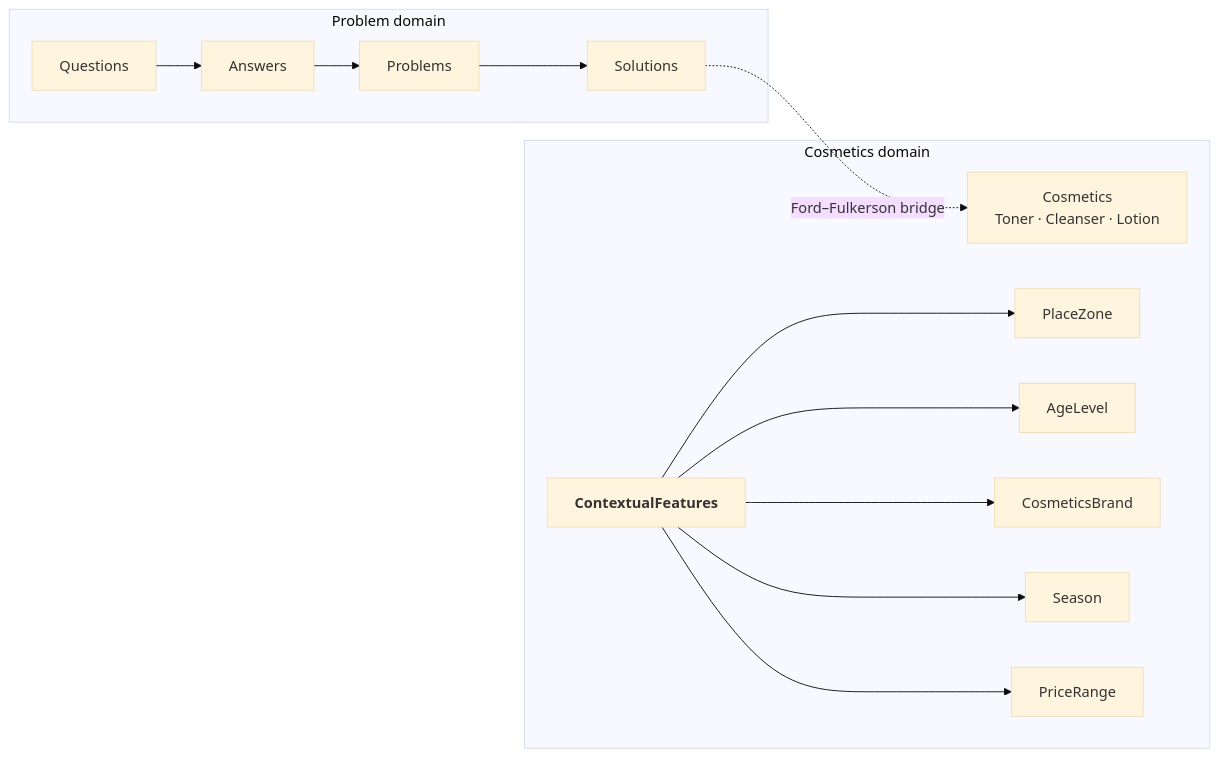
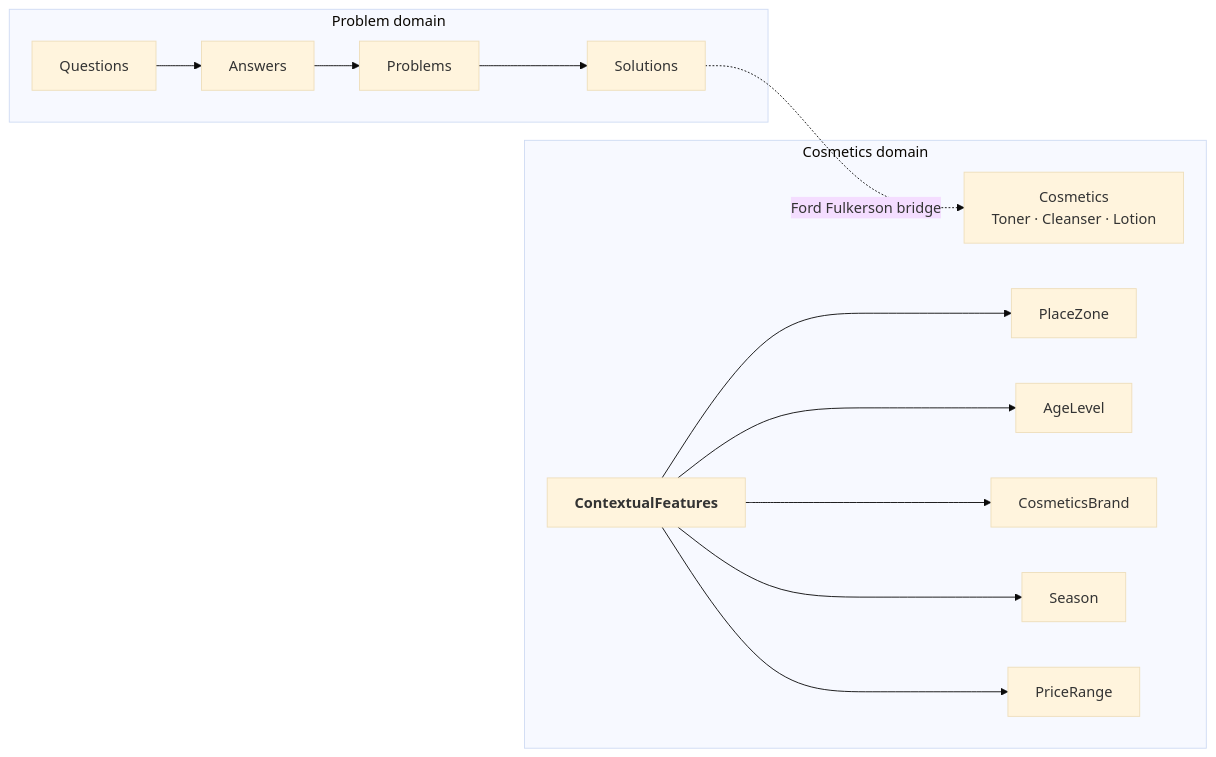
The fourth of 8 diagrams in ONTOLOGY_REUSE.md (devexlynne/A-Multi-Source-Enriched-Skincare-Product-Dataset-for-Knowledge-Graph-Based-Recommendation), drawn with Mermaid (base theme) before and after one commit. The commit also changed other lines of this file and 5 other files, not shown here.

````diff
--- a/ONTOLOGY_REUSE.md
+++ b/ONTOLOGY_REUSE.md
@@ -86,16 +86,16 @@
 ```mermaid
 graph LR
     subgraph P["Problem domain"]
         Q["Questions"] --> A2["Answers"] --> PB["Problems"] --> SO["Solutions"]
     end
     subgraph C["Cosmetics domain"]
         CO["Cosmetics<br/>Toner · Cleanser · Lotion"]
         CF["<b>ContextualFeatures</b>"]
         CF --> PZ["PlaceZone"]
         CF --> AG["AgeLevel"]
         CF --> BR["CosmeticsBrand"]
         CF --> SE["Season"]
         CF --> PRc["PriceRange"]
     end
-    SO -.->|Ford–Fulkerson bridge| CO
+    SO -.->|Ford Fulkerson bridge| CO
 ```
````
